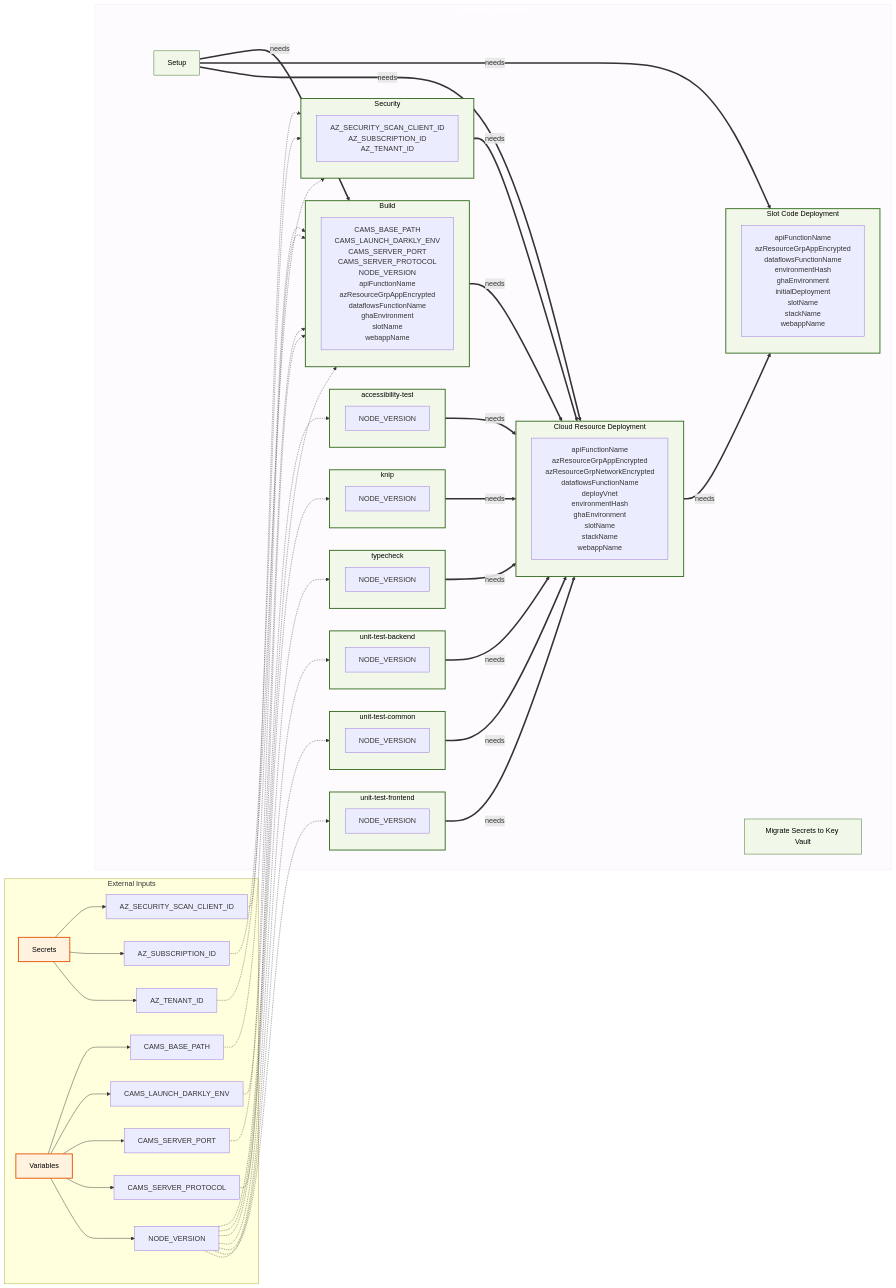
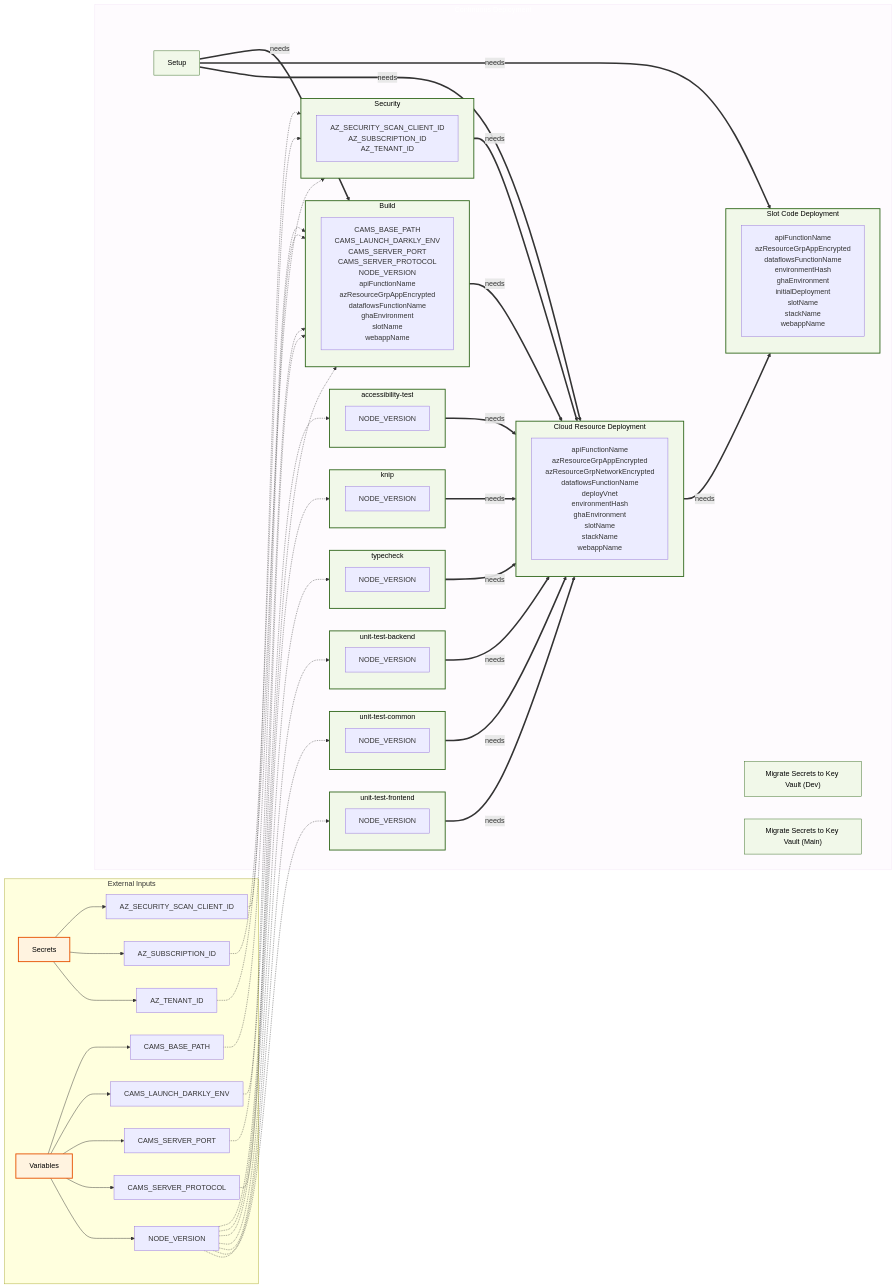
Before and after one commit to US-Trustee-Program/Bankruptcy-Oversight-Support-Systems: diagram 14 of 25 in docs/operations/workflow-diagram.md, drawn with Mermaid. The commit also changed other lines of this file and 1 other file, not shown here.

```diff
--- a/docs/operations/workflow-diagram.md
+++ b/docs/operations/workflow-diagram.md
@@ -897,7 +905,8 @@
 
     subgraph continuous_deployment_workflow["Continuous Deployment"]
         setup["Setup"]
-        migrate_secrets_to_keyvault["Migrate Secrets to Key Vault"]
+        migrate_secrets_to_keyvault_dev["Migrate Secrets to Key Vault (Dev)"]
+        migrate_secrets_to_keyvault_main["Migrate Secrets to Key Vault (Main)"]
         subgraph accessibility_test_subgraph["accessibility-test"]
             accessibility_test_vars["NODE_VERSION"]
         end
@@ -977,7 +986,8 @@
     class deploy_subgraph jobSubgraph
     class deploy_code_slot_subgraph jobSubgraph
     class knip_subgraph jobSubgraph
-    class migrate_secrets_to_keyvault job
+    class migrate_secrets_to_keyvault_dev job
+    class migrate_secrets_to_keyvault_main job
     class security_scan_subgraph jobSubgraph
     class setup job
     class typecheck_subgraph jobSubgraph
```
